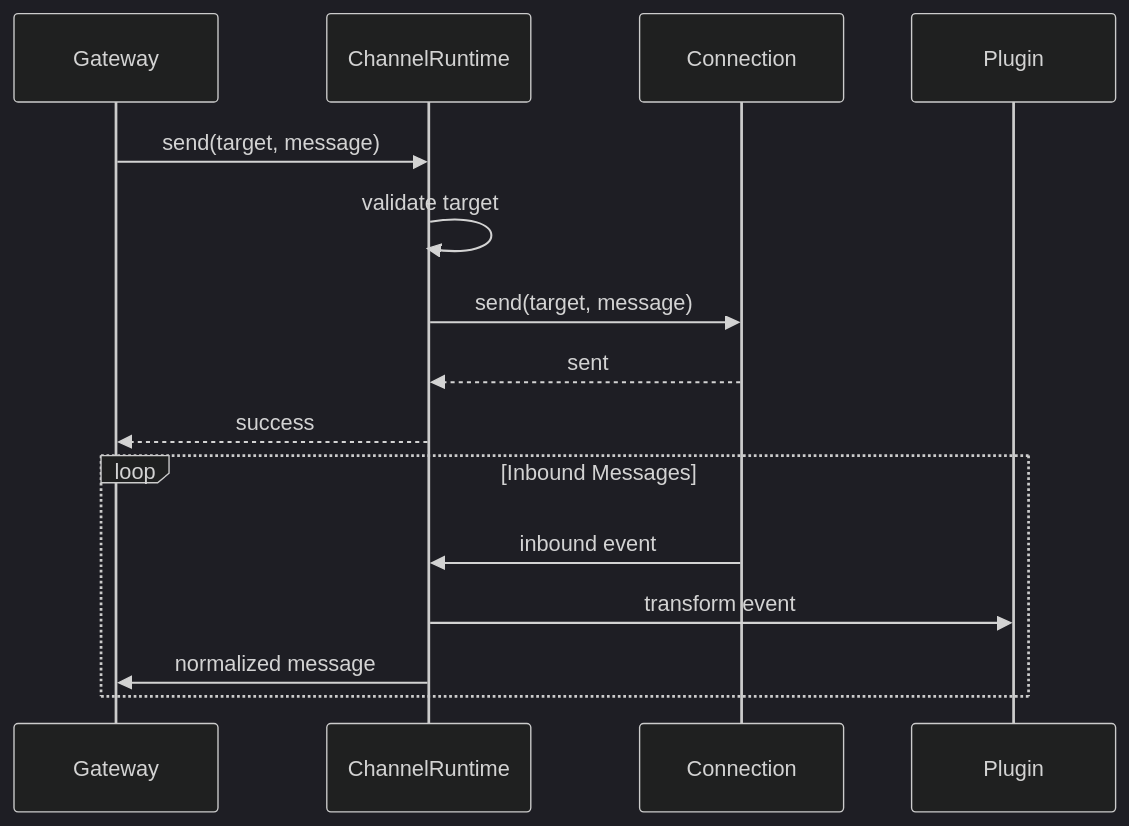
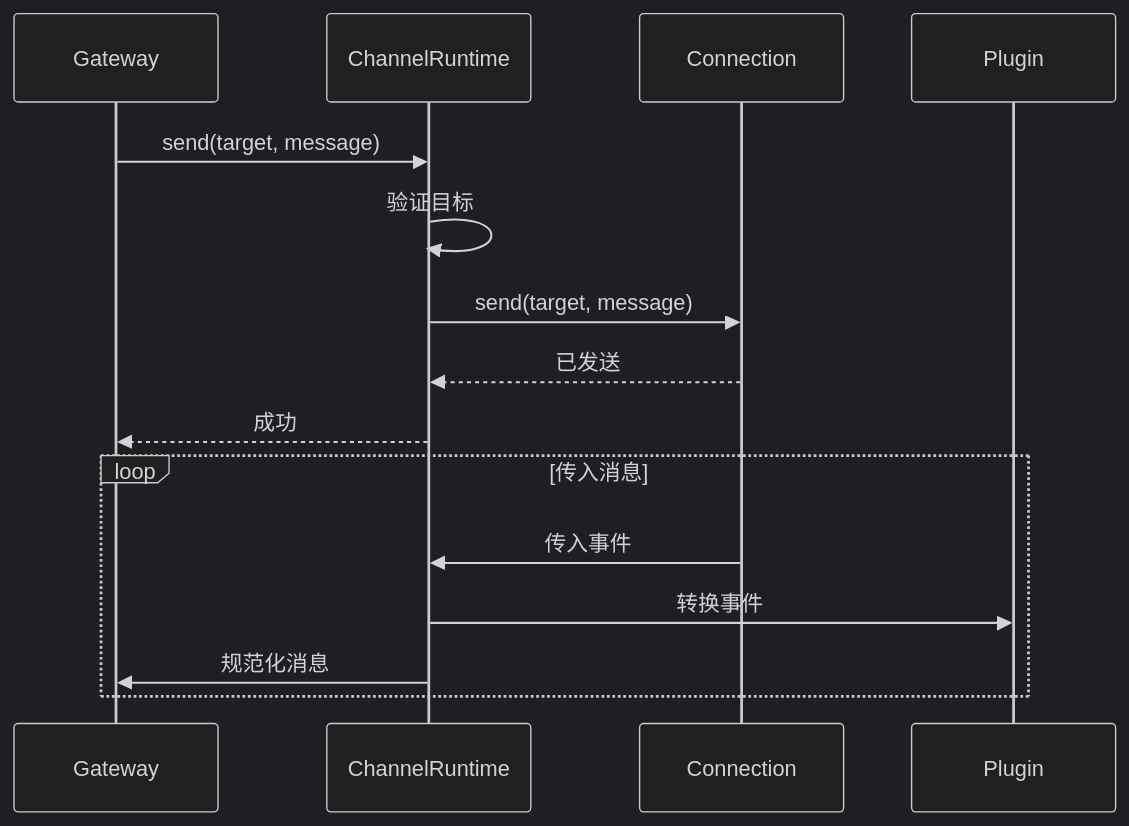
One commit to a576378368/openclaw_docs changed the third of 3 diagrams in docs/zh/architecture-book/part-3-plugin-system/04-plugin-runtime.md. Above: the diagram before and after it, drawn with Mermaid (dark theme). The commit also changed other lines of this file and 7 other files, not shown here.

````diff
--- a/docs/zh/architecture-book/part-3-plugin-system/04-plugin-runtime.md
+++ b/docs/zh/architecture-book/part-3-plugin-system/04-plugin-runtime.md
@@ -285,19 +285,19 @@
 ```mermaid
 sequenceDiagram
     participant Gateway
     participant ChannelRuntime
     participant Connection
     participant Plugin
 
     Gateway->>ChannelRuntime: send(target, message)
-    ChannelRuntime->>ChannelRuntime: validate target
+    ChannelRuntime->>ChannelRuntime: 验证目标
     ChannelRuntime->>Connection: send(target, message)
-    Connection-->>ChannelRuntime: sent
-    ChannelRuntime-->>Gateway: success
+    Connection-->>ChannelRuntime: 已发送
+    ChannelRuntime-->>Gateway: 成功
 
-    loop Inbound Messages
-        Connection->>ChannelRuntime: inbound event
-        ChannelRuntime->>Plugin: transform event
-        ChannelRuntime->>Gateway: normalized message
+    loop 传入消息
+        Connection->>ChannelRuntime: 传入事件
+        ChannelRuntime->>Plugin: 转换事件
+        ChannelRuntime->>Gateway: 规范化消息
     end
 ```
````
